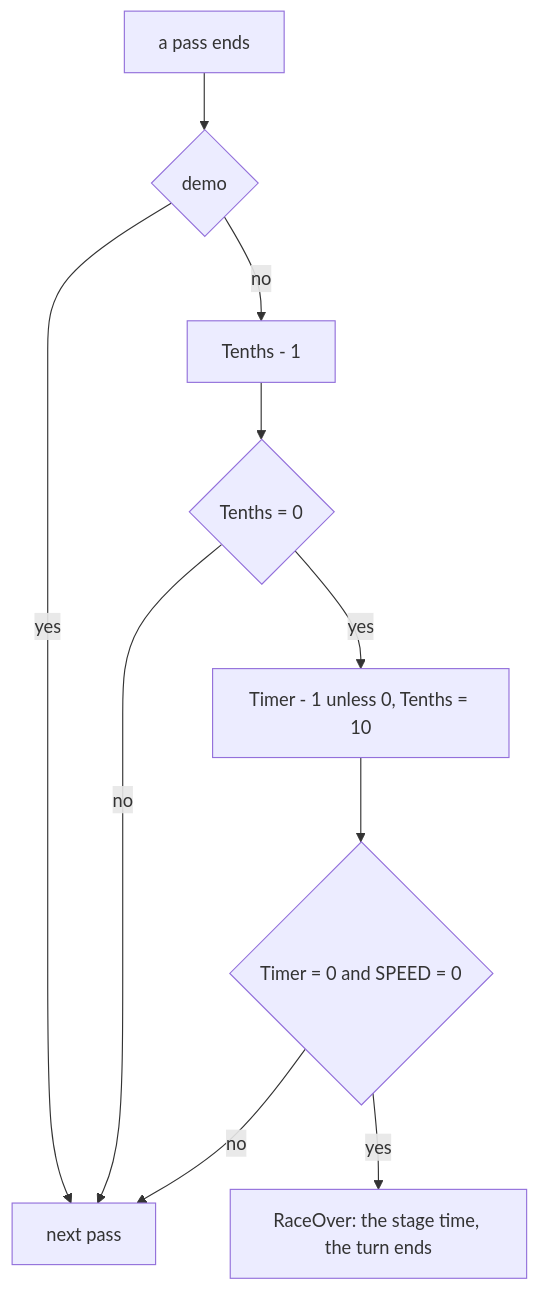
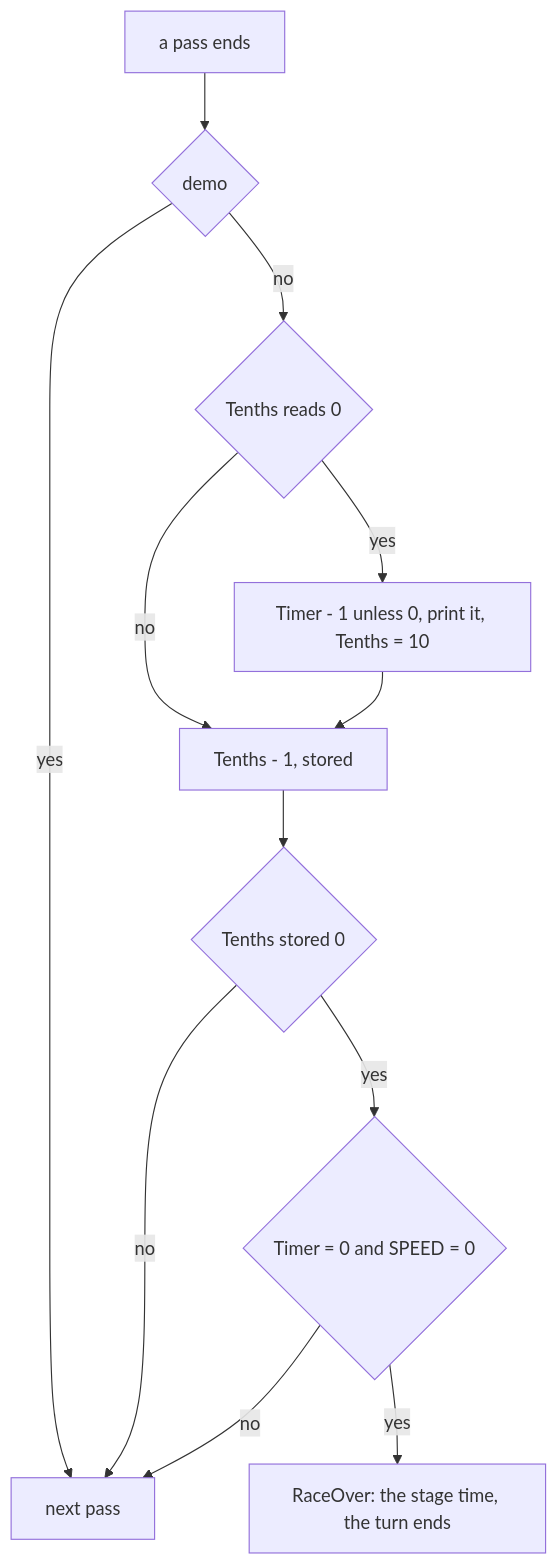
The third of 9 diagrams in games/enduro-racer/docs/01-game-design.md (alfishe/unrealng-reverse-cases), drawn with Mermaid before and after one commit. The commit also changed other lines of this file and 29 other files, not shown here.

````diff
--- a/games/enduro-racer/docs/01-game-design.md
+++ b/games/enduro-racer/docs/01-game-design.md
@@ -247,12 +250,14 @@
 ```mermaid
 flowchart TD
     A["a pass ends"] --> B{"demo"}
     B -->|yes| Z["next pass"]
-    B -->|no| C["Tenths - 1"]
-    C --> D{"Tenths = 0"}
-    D -->|no| Z
-    D -->|yes| E["Timer - 1 unless 0, Tenths = 10"]
-    E --> F{"Timer = 0 and SPEED = 0"}
+    B -->|no| D{"Tenths reads 0"}
+    D -->|yes| E["Timer - 1 unless 0, print it, Tenths = 10"]
+    D -->|no| C["Tenths - 1, stored"]
+    E --> C
+    C --> T{"Tenths stored 0"}
+    T -->|no| Z
+    T -->|yes| F{"Timer = 0 and SPEED = 0"}
     F -->|no| Z
     F -->|yes| G["RaceOver: the stage time, the turn ends"]
 ```
````
